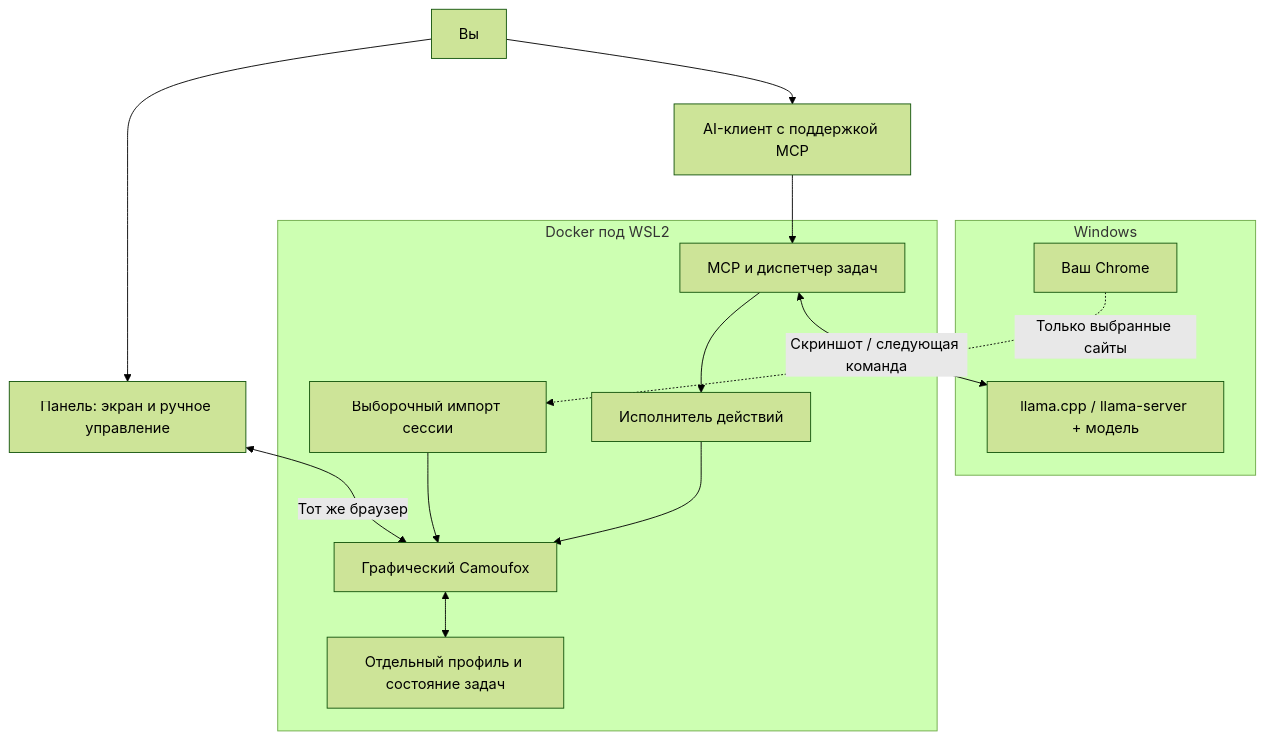
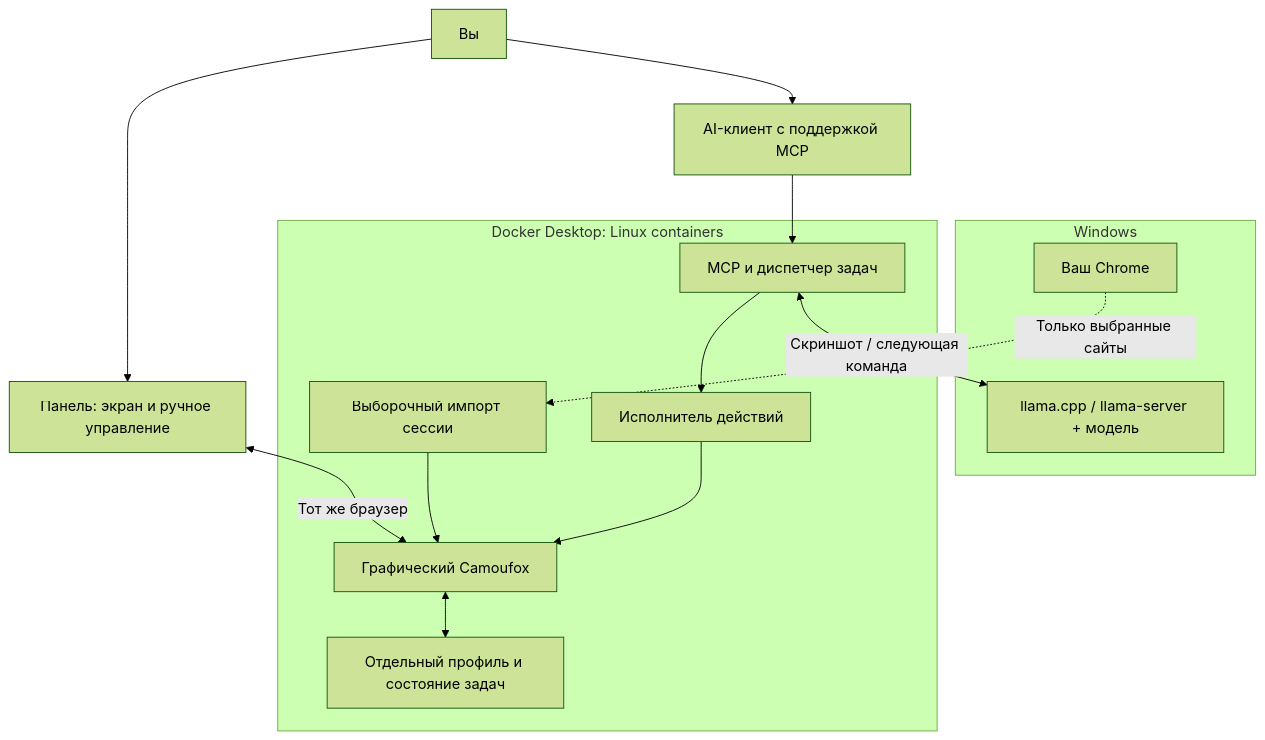
One commit to ramires666/uebagent changed the first of 5 diagrams in docs/01-service-overview.md. Above: the diagram before and after it, drawn with Mermaid (forest theme). The commit also changed other lines of this file and 7 other files, not shown here.

````diff
--- a/docs/01-service-overview.md
+++ b/docs/01-service-overview.md
@@ -33,27 +33,27 @@
 ```mermaid
 flowchart TD
     Person["Вы"] --> Client["AI-клиент с поддержкой MCP"]
     Person --> Panel["Панель: экран и ручное управление"]
 
     subgraph Win["Windows"]
         Model["llama.cpp / llama-server + модель"]
         Chrome["Ваш Chrome"]
     end
 
-    subgraph WSL["Docker под WSL2"]
+    subgraph Docker["Docker Desktop: Linux containers"]
         MCP["MCP и диспетчер задач"]
         Worker["Исполнитель действий"]
         Browser["Графический Camoufox"]
         State["Отдельный профиль и состояние задач"]
         Bridge["Выборочный импорт сессии"]
         MCP --> Worker
         Worker --> Browser
         Browser <--> State
         Bridge --> Browser
     end
 
     Client --> MCP
     MCP <-->|"Скриншот / следующая команда"| Model
     Panel <-->|"Тот же браузер"| Browser
     Chrome -.->|"Только выбранные сайты"| Bridge
 ```
````
